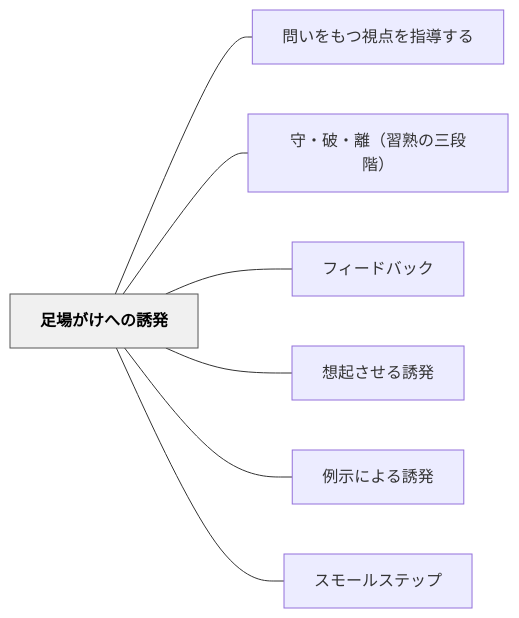
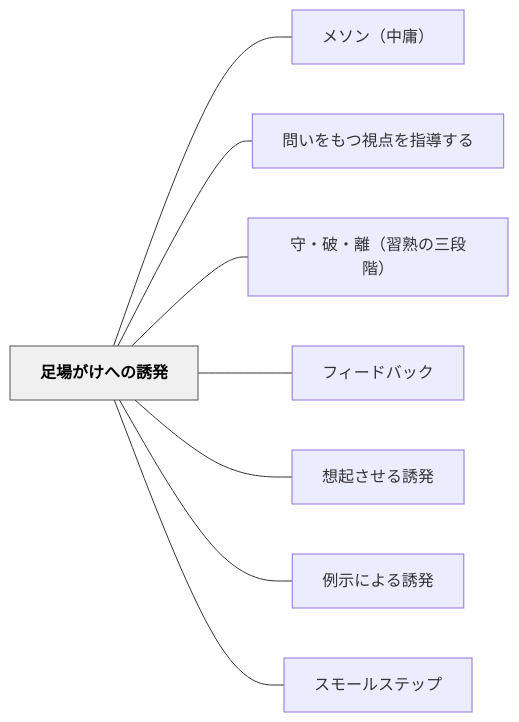
The diagram in content/パタン/足場がけへの誘発.md (unknownthings-ed-patterns/unknownthings-ed-patterns), drawn with Mermaid before and after one commit. The commit also changed other lines of this file and 47 other files, not shown here.

````diff
--- a/content/パタン/足場がけへの誘発.md
+++ b/content/パタン/足場がけへの誘発.md
@@ -67,20 +68,22 @@
 ```mermaid
 flowchart LR
     ne8b6b3e5a0b4e3818ce38191e381b8e381aee8aa98e799ba["足場がけへの誘発"]
+    ne383a1e382bde383b3efbc88e4b8ade5bab8efbc89["メソン（中庸）"]
     ne5958fe38184e38292e38282e381a4e8a696e782b9e38292e68c87e5b08ee38199e3828b["問いをもつ視点を指導する"]
     ne5ae88e383bbe7a0b4e383bbe99ba2efbc88e7bf92e7869fe381aee4b889e6aeb5e99a8eefbc89["守・破・離（習熟の三段階）"]
     ne38395e382a3e383bce38389e38390e38383e382af["フィードバック"]
     ne683b3e8b5b7e38195e3819be3828be8aa98e799ba["想起させる誘発"]
     ne4be8be7a4bae381abe38288e3828be8aa98e799ba["例示による誘発"]
     ne382b9e383a2e383bce383abe382b9e38386e38383e38397["スモールステップ"]
 
+    ne8b6b3e5a0b4e3818ce38191e381b8e381aee8aa98e799ba --- ne383a1e382bde383b3efbc88e4b8ade5bab8efbc89
     ne8b6b3e5a0b4e3818ce38191e381b8e381aee8aa98e799ba --- ne5958fe38184e38292e38282e381a4e8a696e782b9e38292e68c87e5b08ee38199e3828b
     ne8b6b3e5a0b4e3818ce38191e381b8e381aee8aa98e799ba --- ne5ae88e383bbe7a0b4e383bbe99ba2efbc88e7bf92e7869fe381aee4b889e6aeb5e99a8eefbc89
     ne8b6b3e5a0b4e3818ce38191e381b8e381aee8aa98e799ba --- ne38395e382a3e383bce38389e38390e38383e382af
     ne8b6b3e5a0b4e3818ce38191e381b8e381aee8aa98e799ba --- ne683b3e8b5b7e38195e3819be3828be8aa98e799ba
     ne8b6b3e5a0b4e3818ce38191e381b8e381aee8aa98e799ba --- ne4be8be7a4bae381abe38288e3828be8aa98e799ba
     ne8b6b3e5a0b4e3818ce38191e381b8e381aee8aa98e799ba --- ne382b9e383a2e383bce383abe382b9e38386e38383e38397
 
     classDef hub fill:#f0f0f0,stroke:#555,color:#000,font-weight:bold
     class ne8b6b3e5a0b4e3818ce38191e381b8e381aee8aa98e799ba hub
 ```
````
